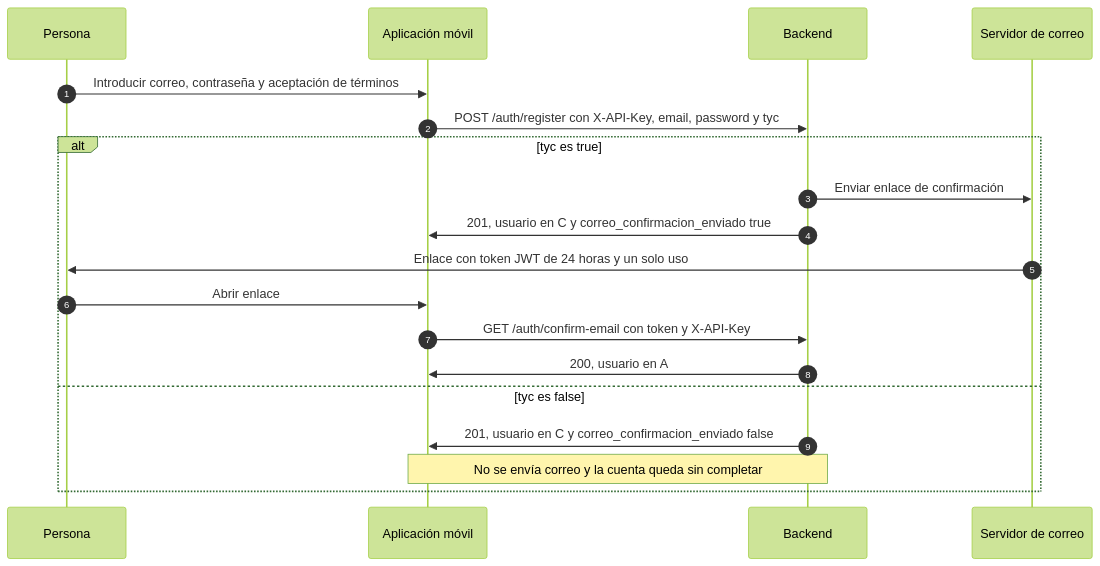
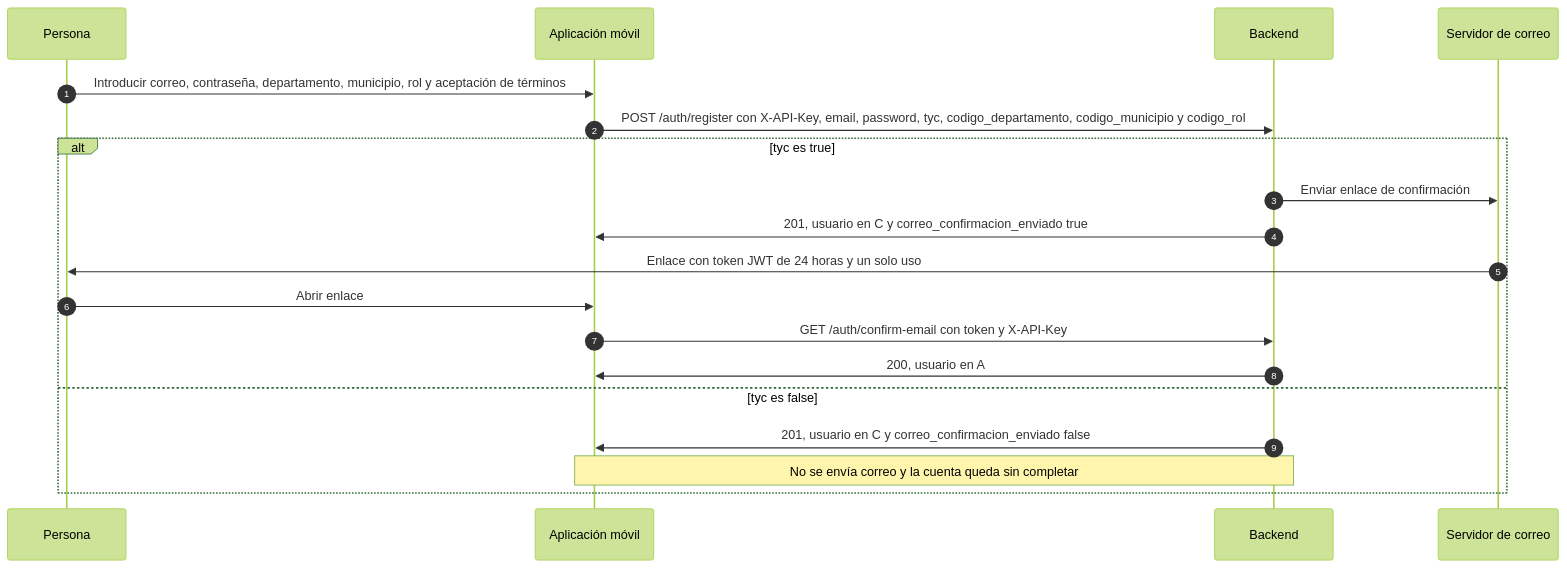
The second of 4 diagrams in docs/flujo-aplicacion-movil.md (CesarLopezPeriferiaIT/Back_FVL_Login), drawn with Mermaid (forest theme) before and after one commit. The commit also changed other lines of this file and 16 other files, not shown here.

````diff
--- a/docs/flujo-aplicacion-movil.md
+++ b/docs/flujo-aplicacion-movil.md
@@ -40,21 +40,21 @@
 ```mermaid
 sequenceDiagram
     autonumber
     participant Persona as Persona
     participant App as Aplicación móvil
     participant Backend as Backend
     participant Correo as Servidor de correo
-    Persona->>App: Introducir correo, contraseña y aceptación de términos
-    App->>Backend: POST /auth/register con X-API-Key, email, password y tyc
+    Persona->>App: Introducir correo, contraseña, departamento, municipio, rol y aceptación de términos
+    App->>Backend: POST /auth/register con X-API-Key, email, password, tyc, codigo_departamento, codigo_municipio y codigo_rol
     alt tyc es true
         Backend->>Correo: Enviar enlace de confirmación
         Backend->>App: 201, usuario en C y correo_confirmacion_enviado true
         Correo->>Persona: Enlace con token JWT de 24 horas y un solo uso
         Persona->>App: Abrir enlace
         App->>Backend: GET /auth/confirm-email con token y X-API-Key
         Backend->>App: 200, usuario en A
     else tyc es false
         Backend->>App: 201, usuario en C y correo_confirmacion_enviado false
         Note over App,Backend: No se envía correo y la cuenta queda sin completar
     end
 ```
````
